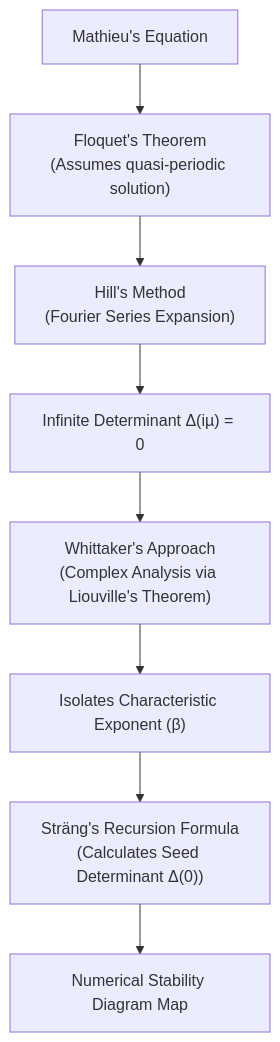
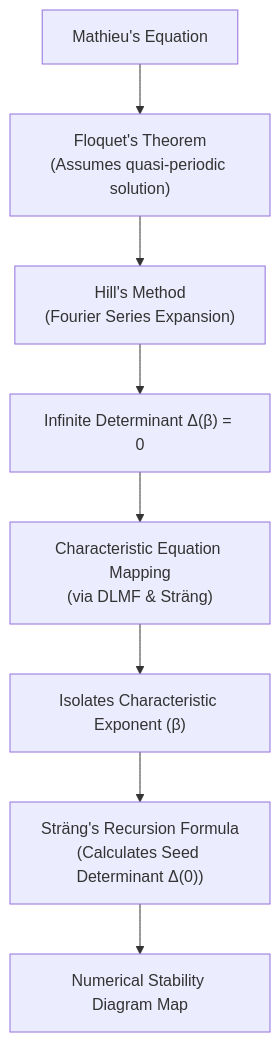
The diagram in content/en/blog/post/math_science/phys_math/mathieu_equation/index.md (tdj28/blog), drawn with Mermaid before and after one commit. The commit also changed other lines of this file, not shown here.

```diff
--- a/content/en/blog/post/math_science/phys_math/mathieu_equation/index.md
+++ b/content/en/blog/post/math_science/phys_math/mathieu_equation/index.md
@@ -217,10 +223,10 @@
 {{< mermaid >}}
 flowchart TD
     A["Mathieu's Equation"] --> B["Floquet's Theorem<br>(Assumes quasi-periodic solution)"]
     B --> C["Hill's Method<br>(Fourier Series Expansion)"]
-    C --> D["Infinite Determinant Δ(iµ) = 0"]
-    D --> E["Whittaker's Approach<br>(Complex Analysis via Liouville's Theorem)"]
+    C --> D["Infinite Determinant Δ(β) = 0"]
+    D --> E["Characteristic Equation Mapping<br>(via DLMF & Sträng)"]
     E --> F["Isolates Characteristic Exponent (β)"]
     F --> G["Sträng's Recursion Formula<br>(Calculates Seed Determinant Δ(0))"]
     G --> H["Numerical Stability Diagram Map"]
 {{< /mermaid >}}
```
